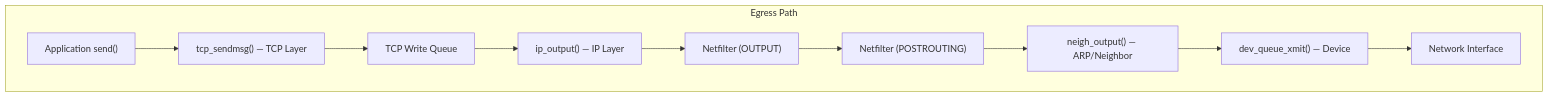
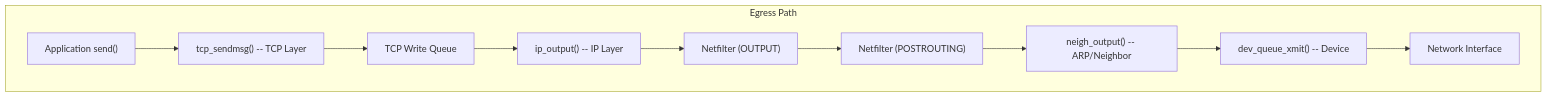
One commit to Abhinav-Kumar012/lb2 changed the tenth of 14 diagrams in src/networking/tcpip-suite.md. Above: the diagram before and after it, drawn with Mermaid. The commit also changed other lines of this file and 211 other files, not shown here.

First line of the commit message:
fix: mermaid syntax issues across 212 files

````diff
--- a/src/networking/tcpip-suite.md
+++ b/src/networking/tcpip-suite.md
@@ -501,13 +501,13 @@
 ```mermaid
 flowchart TB
     subgraph "Egress Path"
-        APP_SEND["Application send()"] --> SENDMSG["tcp_sendmsg() — TCP Layer"]
+        APP_SEND["Application send()"] --> SENDMSG["tcp_sendmsg() -- TCP Layer"]
         SENDMSG --> TCP_QUEUE["TCP Write Queue"]
-        TCP_QUEUE --> IP_OUTPUT["ip_output() — IP Layer"]
+        TCP_QUEUE --> IP_OUTPUT["ip_output() -- IP Layer"]
         IP_OUTPUT --> NETFILTER_OUT["Netfilter (OUTPUT)"]
         NETFILTER_OUT --> NETFILTER_FWD["Netfilter (POSTROUTING)"]
-        NETFILTER_FWD --> NEIGH_SEND["neigh_output() — ARP/Neighbor"]
-        NEIGH_SEND --> DEV_QUEUE["dev_queue_xmit() — Device"]
+        NETFILTER_FWD --> NEIGH_SEND["neigh_output() -- ARP/Neighbor"]
+        NEIGH_SEND --> DEV_QUEUE["dev_queue_xmit() -- Device"]
         DEV_QUEUE --> NIC_OUT["Network Interface"]
     end
 ```
````
